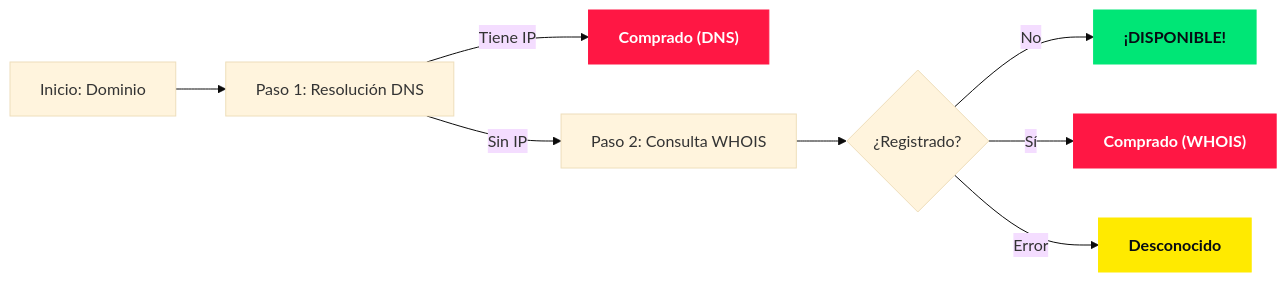
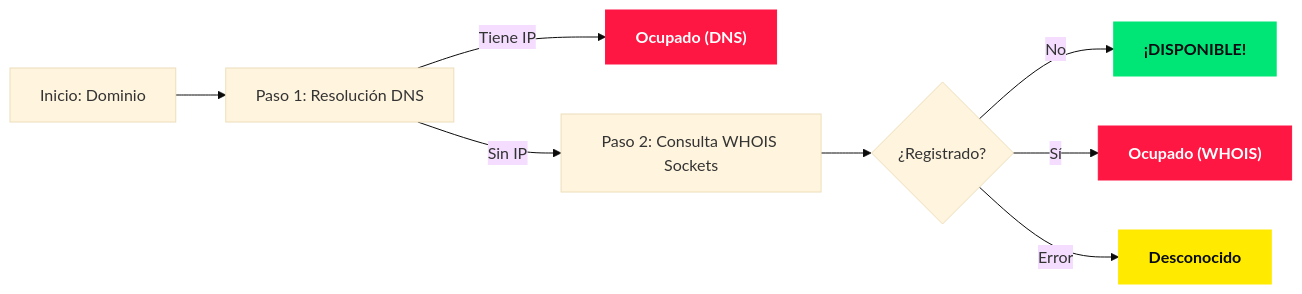
Before and after one commit to NeoTurcios/openfind: the diagram in README.md, drawn with Mermaid (base theme). The commit also changed other lines of this file and 14 other files, not shown here.

````diff
--- a/README.md
+++ b/README.md
@@ -203,16 +97,16 @@
 ```mermaid
 %%{init: {"flowchart": {"htmlLabels": true}} }%%
 flowchart LR
     A["Inicio: Dominio"] --> B["Paso 1: Resolución DNS"]
-    B -->|Tiene IP| C["Comprado (DNS)"]
-    B -->|Sin IP| D["Paso 2: Consulta WHOIS"]
+    B -->|Tiene IP| C["Ocupado (DNS)"]
+    B -->|Sin IP| D["Paso 2: Consulta WHOIS Sockets"]
     D --> E{"¿Registrado?"}
     E -->|No| F["¡DISPONIBLE!"]
-    E -->|Sí| G["Comprado (WHOIS)"]
+    E -->|Sí| G["Ocupado (WHOIS)"]
     E -->|Error| H["Desconocido"]
 
     style F fill:#00e676,stroke:#00e676,color:#070b13,font-weight:bold
     style C fill:#ff1744,stroke:#ff1744,color:#ffffff,font-weight:bold
     style G fill:#ff1744,stroke:#ff1744,color:#ffffff,font-weight:bold
     style H fill:#ffea00,stroke:#ffea00,color:#070b13,font-weight:bold
 ```
````
